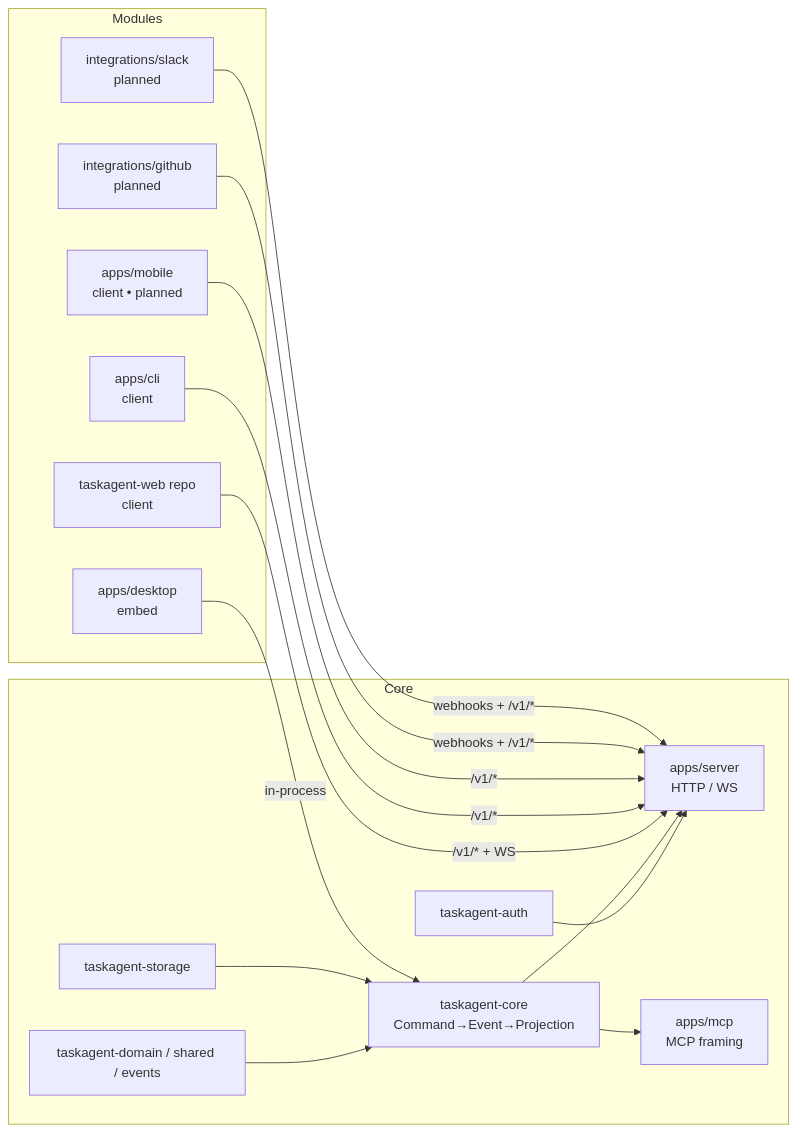
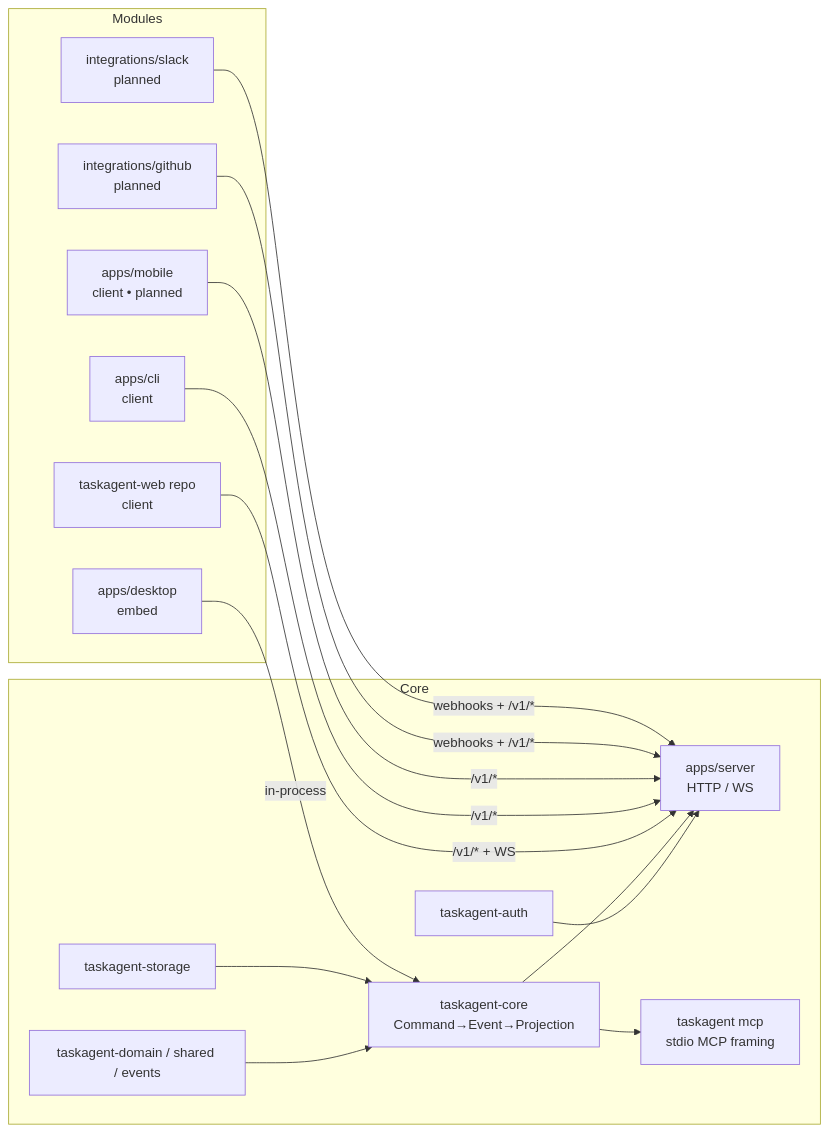
One commit to tupical/daruma changed the diagram in docs/ARCHITECTURE.md. Above: the diagram before and after it, drawn with Mermaid. The commit also changed other lines of this file and 14 other files, not shown here.

First line of the commit message:
chore: remove dev crate apps/mcp, point everything at the unified taskagent binary

````diff
--- a/docs/ARCHITECTURE.md
+++ b/docs/ARCHITECTURE.md
@@ -93,30 +93,30 @@
 ```mermaid
 flowchart LR
   subgraph Core
     domain[taskagent-domain / shared / events]
     storage[taskagent-storage]
     coreL[taskagent-core<br/>Command→Event→Projection]
     auth[taskagent-auth]
     server[apps/server<br/>HTTP / WS]
-    mcp[apps/mcp<br/>MCP framing]
+    mcp[taskagent mcp<br/>stdio MCP framing]
     domain --> coreL
     storage --> coreL
     auth --> server
     coreL --> server
     coreL --> mcp
   end
   subgraph Modules
     web[taskagent-web repo<br/>client]
     cli[apps/cli<br/>client]
     mobile[apps/mobile<br/>client • planned]
     desktop[apps/desktop<br/>embed]
     gh[integrations/github<br/>planned]
     slack[integrations/slack<br/>planned]
   end
   web -- /v1/* + WS --> server
   cli -- /v1/* --> server
   mobile -- /v1/* --> server
   desktop -- in-process --> coreL
   gh -- webhooks + /v1/* --> server
   slack -- webhooks + /v1/* --> server
 ```
````
